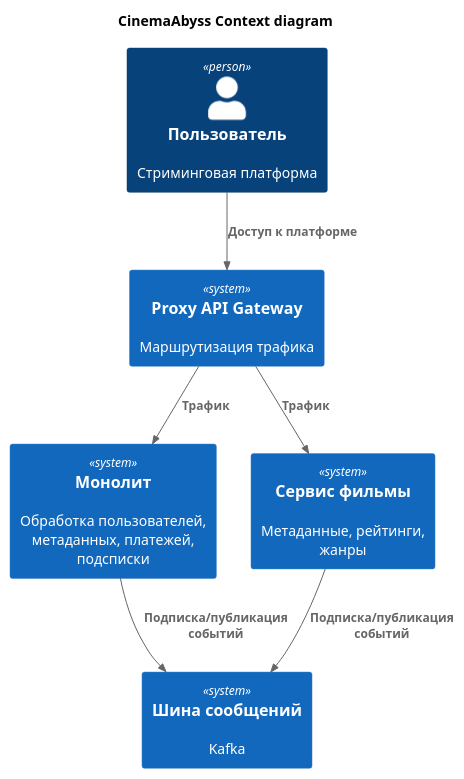
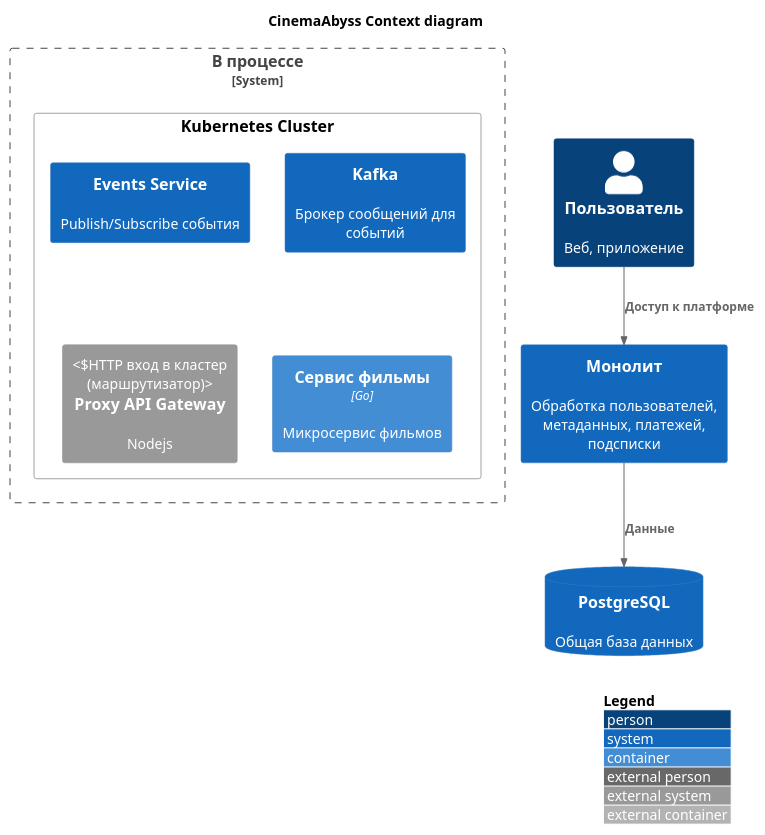
The diagram in schemas/as_is/Context.plantuml (AntonVolkov71/architecture-pro-cinemaabyss), drawn with PlantUML before and after one commit. The commit also changed 1 other file, not shown here.

Commit message:
beginning make component diagram

```diff
--- a/schemas/as_is/Context.plantuml
+++ b/schemas/as_is/Context.plantuml
@@ -1,22 +1,26 @@
 @startuml
 title CinemaAbyss Context diagram
 
 top to bottom direction
 
-!includeurl https://raw.githubusercontent.com/RicardoNiepel/C4-PlantUML/master/C4_Component.puml
+!includeurl https://raw.githubusercontent.com/RicardoNiepel/C4-PlantUML/master/C4_Deployment.puml
 
-Person(user, "Пользователь", "Стриминговая платформа" )
+Person(User, "Пользователь", "Веб, приложение" )
 System(MonolithSystem, "Монолит", "Обработка пользователей, метаданных, платежей, подсписки")
-System(MoviesService, "Сервис фильмы", "Метаданные, рейтинги, жанры")
-System(EventsService, "Шина сообщений", "Kafka")
-System(ProxyService, "Proxy API Gateway", "Маршрутизация трафика")
+SystemDb(postgres, "PostgreSQL", "Общая база данных")
 
+System_Boundary(InTheProcess, "В процессе") {
+  Deployment_Node("k8s", "Kubernetes Cluster") {
+    System(events, "Events Service", "Publish/Subscribe события")
+    System(kafka, "Kafka", "Брокер сообщений для событий")
+    System_Ext(ProxyService, "Proxy API Gateway", "Nodejs", "HTTP вход в кластер (маршрутизатор)")
+    Container(MoviesService, "Сервис фильмы", "Go", "Микросервис фильмов")
+  }
+}
 
+Rel(User, MonolithSystem, "Доступ к платформе")
+Rel(MonolithSystem, postgres, "Данные")
 
-Rel(user, ProxyService, "Доступ к платформе")
-Rel(ProxyService, MonolithSystem, "Трафик")
-Rel(MonolithSystem, EventsService, "Подписка/публикация событий")
-Rel(MoviesService, EventsService, "Подписка/публикация событий")
-Rel(ProxyService, MoviesService, "Трафик")
-
+SHOW_LEGEND()
+LAYOUT_WITH_LEGEND()
 @enduml
```
